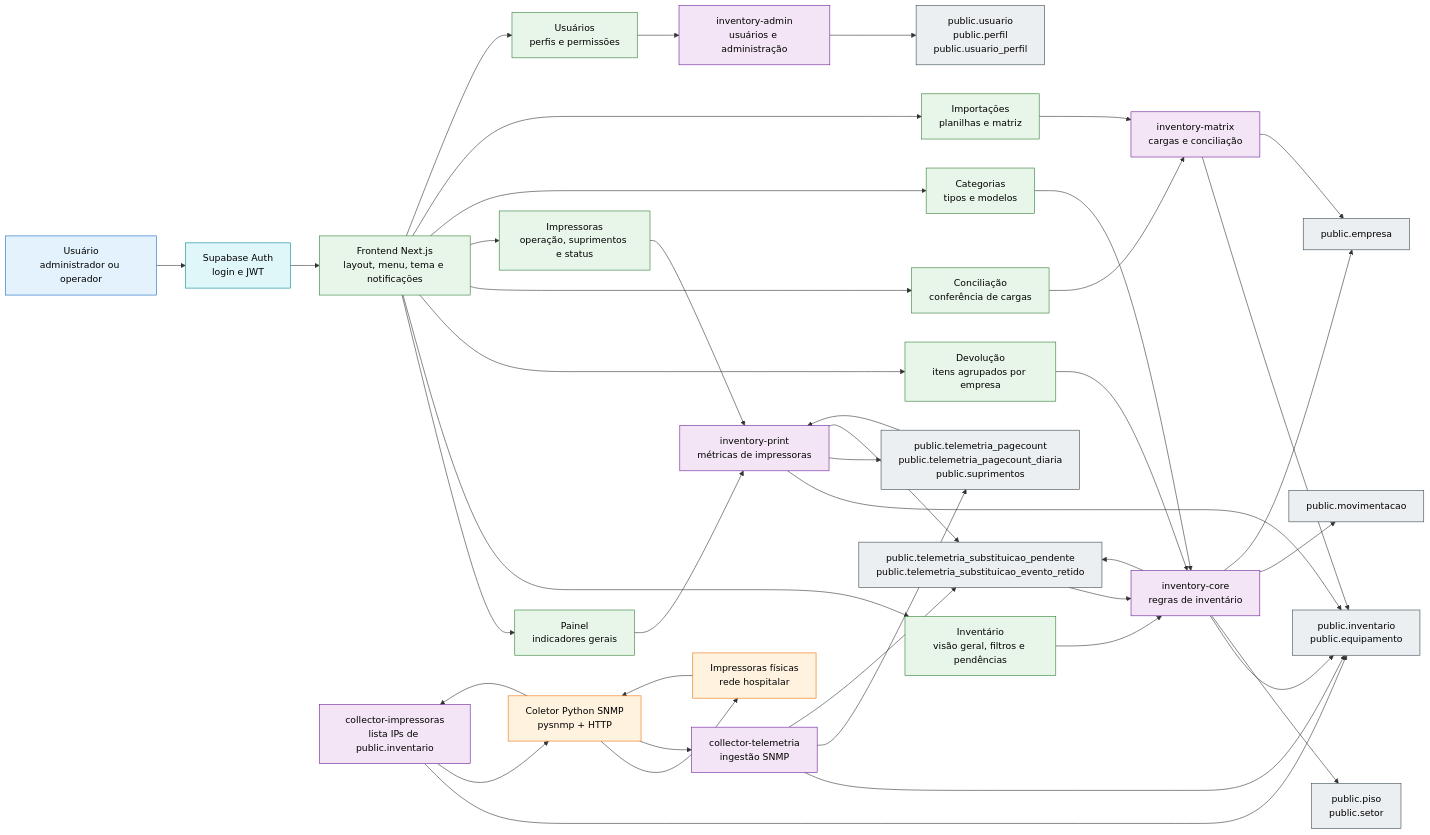
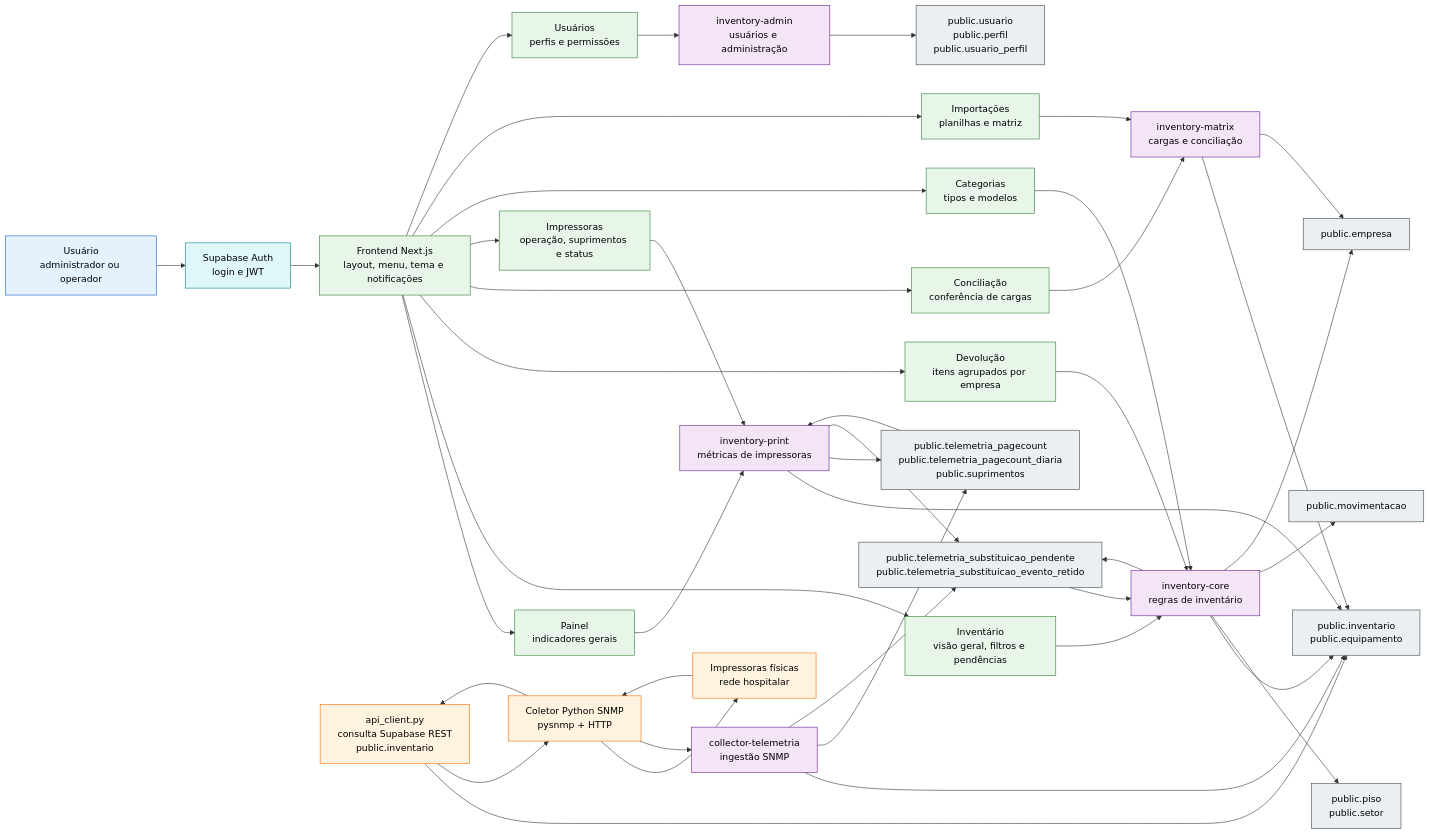
One commit to Naian1/INVENT_COLECTOR changed the third of 3 diagrams in README.md. Above: the diagram before and after it, drawn with Mermaid. The commit also changed other lines of this file, not shown here.

````diff
--- a/README.md
+++ b/README.md
@@ -262,82 +323,82 @@
 ```mermaid
 flowchart LR
   classDef user fill:#E3F2FD,stroke:#1565C0,stroke-width:1px,color:#000;
   classDef frontend fill:#E8F5E9,stroke:#2E7D32,stroke-width:1px,color:#000;
   classDef edge fill:#F3E5F5,stroke:#6A1B9A,stroke-width:1px,color:#000;
   classDef collector fill:#FFF3E0,stroke:#EF6C00,stroke-width:1px,color:#000;
   classDef db fill:#ECEFF1,stroke:#37474F,stroke-width:1px,color:#000;
   classDef auth fill:#E0F7FA,stroke:#00838F,stroke-width:1px,color:#000;
 
   USR["Usuário<br/>administrador ou operador"]:::user
   AUTH["Supabase Auth<br/>login e JWT"]:::auth
   SHELL["Frontend Next.js<br/>layout, menu, tema e notificações"]:::frontend
 
   PAINEL["Painel<br/>indicadores gerais"]:::frontend
   INV["Inventário<br/>visão geral, filtros e pendências"]:::frontend
   DEV["Devolução<br/>itens agrupados por empresa"]:::frontend
   CONC["Conciliação<br/>conferência de cargas"]:::frontend
   IMP["Impressoras<br/>operação, suprimentos e status"]:::frontend
   CAT["Categorias<br/>tipos e modelos"]:::frontend
   IMPORT["Importações<br/>planilhas e matriz"]:::frontend
   USERS["Usuários<br/>perfis e permissões"]:::frontend
 
   CORE["inventory-core<br/>regras de inventário"]:::edge
   PRINT["inventory-print<br/>métricas de impressoras"]:::edge
   ADMIN["inventory-admin<br/>usuários e administração"]:::edge
   MATRIX["inventory-matrix<br/>cargas e conciliação"]:::edge
-  COL_LIST["collector-impressoras<br/>lista IPs de public.inventario"]:::edge
+  COL_LIST["api_client.py<br/>consulta Supabase REST<br/>public.inventario"]:::collector
   COL_TEL["collector-telemetria<br/>ingestão SNMP"]:::edge
 
   COL["Coletor Python SNMP<br/>pysnmp + HTTP"]:::collector
   PRN["Impressoras físicas<br/>rede hospitalar"]:::collector
 
   DB_USER["public.usuario<br/>public.perfil<br/>public.usuario_perfil"]:::db
   DB_INV["public.inventario<br/>public.equipamento"]:::db
   DB_LOCAL["public.piso<br/>public.setor"]:::db
   DB_MOV["public.movimentacao"]:::db
   DB_EMP["public.empresa"]:::db
   DB_TEL["public.telemetria_pagecount<br/>public.telemetria_pagecount_diaria<br/>public.suprimentos"]:::db
   DB_SWAP["public.telemetria_substituicao_pendente<br/>public.telemetria_substituicao_evento_retido"]:::db
 
   USR --> AUTH --> SHELL
   SHELL --> PAINEL
   SHELL --> INV
   SHELL --> DEV
   SHELL --> CONC
   SHELL --> IMP
   SHELL --> CAT
   SHELL --> IMPORT
   SHELL --> USERS
 
   PAINEL --> PRINT
   IMP --> PRINT
   INV --> CORE
   DEV --> CORE
   CAT --> CORE
   CONC --> MATRIX
   IMPORT --> MATRIX
   USERS --> ADMIN
 
   CORE --> DB_INV
   CORE --> DB_LOCAL
   CORE --> DB_MOV
   CORE --> DB_EMP
   CORE --> DB_SWAP
   PRINT --> DB_INV
   PRINT --> DB_TEL
   PRINT --> DB_SWAP
   ADMIN --> DB_USER
   MATRIX --> DB_INV
   MATRIX --> DB_EMP
 
   COL --> COL_LIST --> DB_INV
   COL_LIST --> COL
   COL --> PRN
   PRN --> COL
   COL --> COL_TEL
   COL_TEL --> DB_INV
   COL_TEL --> DB_TEL
   COL_TEL --> DB_SWAP
   DB_TEL --> PRINT
   DB_SWAP --> CORE
 ```
````
